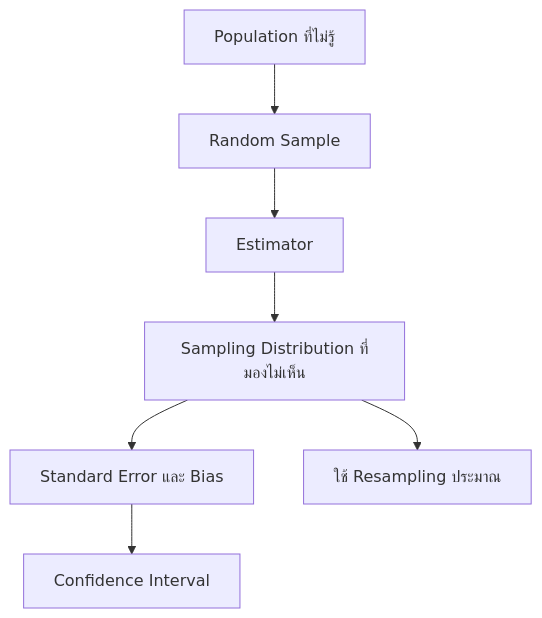
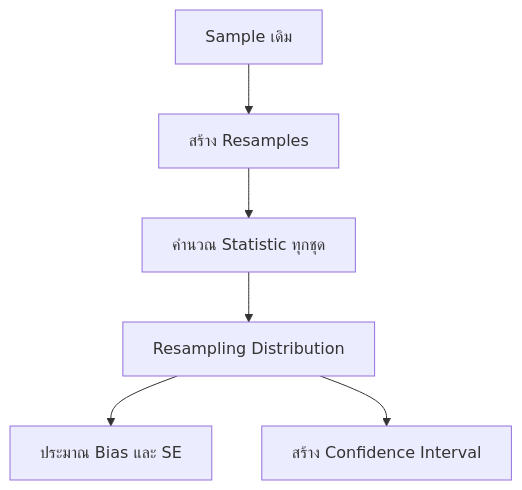
One commit to mdanmek/nida-dads-notes changed the diagram in dads6001-applied_statistics/summary/03_jackknife_bootstrap.md. Above: the diagram before and after it, drawn with Mermaid. The commit also changed other lines of this file, not shown here.

````diff
--- a/dads6001-applied_statistics/summary/03_jackknife_bootstrap.md
+++ b/dads6001-applied_statistics/summary/03_jackknife_bootstrap.md
@@ -37,9 +23,8 @@
 ```mermaid
 flowchart TD
-    A[Population ที่ไม่รู้] --> B[Random Sample]
-    B --> C[Estimator]
-    C --> D[Sampling Distribution ที่มองไม่เห็น]
-    D --> E[Standard Error และ Bias]
-    E --> F[Confidence Interval]
-    D --> G[ใช้ Resampling ประมาณ]
+    A[Sample เดิม] --> B[สร้าง Resamples]
+    B --> C[คำนวณ Statistic ทุกชุด]
+    C --> D[Resampling Distribution]
+    D --> E[ประมาณ Bias และ SE]
+    D --> F[สร้าง Confidence Interval]
 ```
````
